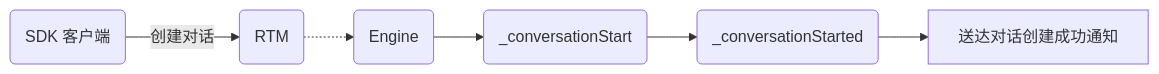
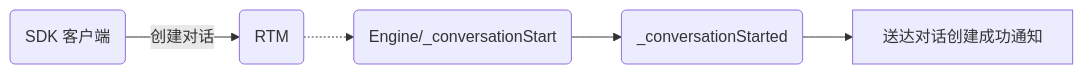
One commit to weakish/docs changed the second of 5 diagrams in views/realtime-guide-senior.md. Above: the diagram before and after it, drawn with Mermaid. The commit also changed other lines of this file and 1 other file, not shown here.

````diff
--- a/views/realtime-guide-senior.md
+++ b/views/realtime-guide-senior.md
@@ -402,8 +397,7 @@
 ```mermaid
 graph LR
 A(SDK 客户端) -->|创建对话|B(RTM)
-B -.-> C(Engine)
-C --> D(_conversationStart)
-D --> E(_conversationStarted)
+B -.-> C(Engine/_conversationStart)
+C --> E(_conversationStarted)
 E --> F[送达对话创建成功通知]
 ```
````
